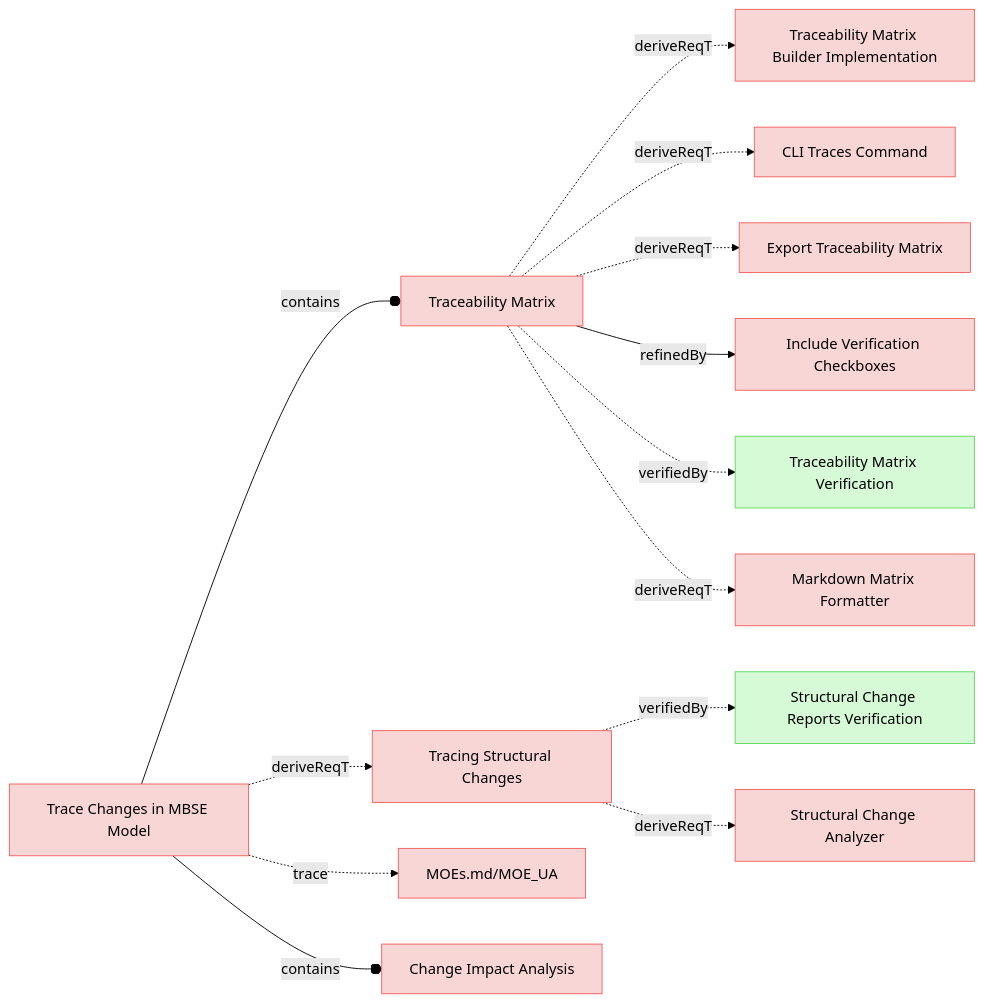
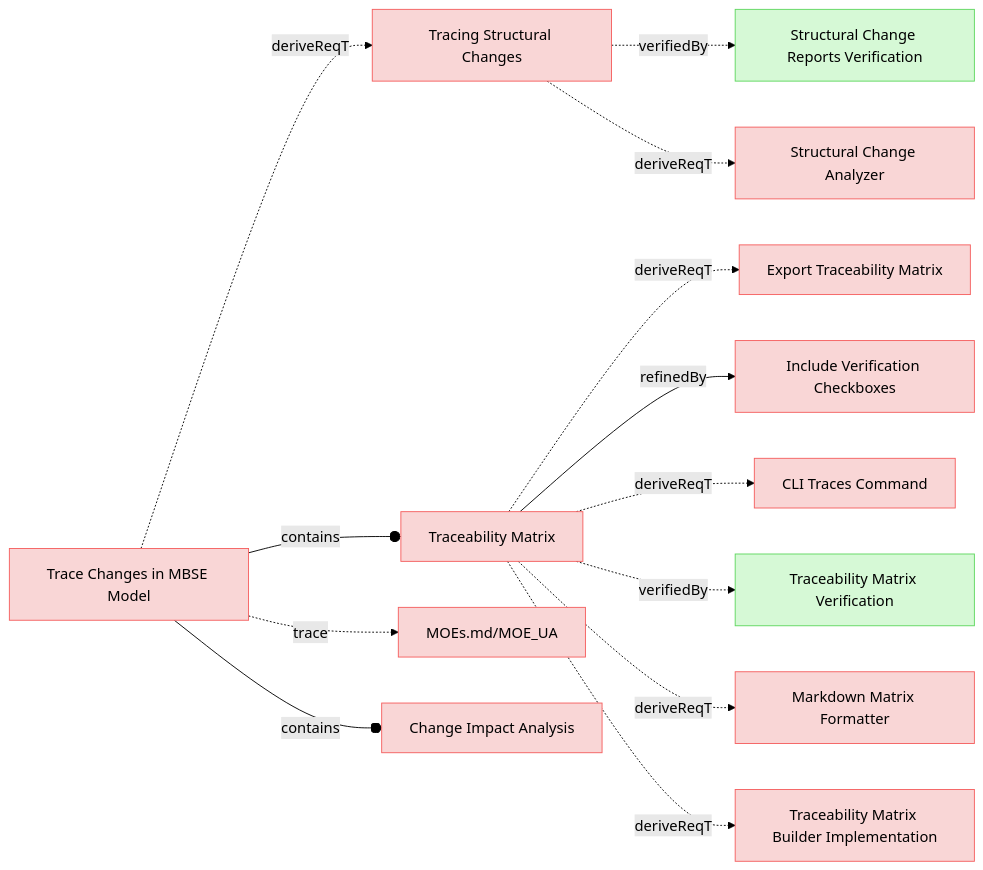
The sixth of 9 diagrams in specifications/UserRequirements.md (reqvire-org/reqvire), drawn with Mermaid (forest theme) before and after one commit. The commit also changed other lines of this file and 23 other files, not shown here.

````diff
--- a/specifications/UserRequirements.md
+++ b/specifications/UserRequirements.md
@@ -619,60 +627,60 @@
 ```mermaid
 graph LR;
   %% Graph styling
   classDef requirement fill:#f9d6d6,stroke:#f55f5f,stroke-width:1px;
   classDef verification fill:#d6f9d6,stroke:#5fd75f,stroke-width:1px;
   classDef externalLink fill:#d0e0ff,stroke:#3080ff,stroke-width:1px;
   classDef default fill:#f5f5f5,stroke:#333333,stroke-width:1px;
 
-  4e30ea0930dc9c26["Traceability Matrix"];
-  class 4e30ea0930dc9c26 requirement;
-  click 4e30ea0930dc9c26 "UserRequirements.md#traceability-matrix";
-  b55d8517cd3e58["Traceability Matrix Builder Implementation"];
-  class b55d8517cd3e58 requirement;
-  click b55d8517cd3e58 "SystemRequirements/Requirements.md#traceability-matrix-builder-implementation";
-  4e30ea0930dc9c26 -.->|deriveReqT| b55d8517cd3e58;
-  5bfc0d5fd7bba25["CLI Traces Command"];
-  class 5bfc0d5fd7bba25 requirement;
-  click 5bfc0d5fd7bba25 "SystemRequirements/Requirements.md#cli-traces-command";
-  4e30ea0930dc9c26 -.->|deriveReqT| 5bfc0d5fd7bba25;
   7de9a55d6102af23["Export Traceability Matrix"];
   class 7de9a55d6102af23 requirement;
   click 7de9a55d6102af23 "UserRequirements.md#export-traceability-matrix";
-  4e30ea0930dc9c26 -.->|deriveReqT| 7de9a55d6102af23;
-  6d32b919c82784b7["Include Verification Checkboxes"];
-  class 6d32b919c82784b7 requirement;
-  click 6d32b919c82784b7 "UserRequirements.md#include-verification-checkboxes";
-  4e30ea0930dc9c26 -->|refinedBy| 6d32b919c82784b7;
-  11c3285e74c8d60b["Traceability Matrix Verification"];
-  class 11c3285e74c8d60b verification;
-  click 11c3285e74c8d60b "Verifications/ChangeImpactTests.md#traceability-matrix-verification";
-  4e30ea0930dc9c26 -.->|verifiedBy| 11c3285e74c8d60b;
-  1b7491b67a792bc9["Markdown Matrix Formatter"];
-  class 1b7491b67a792bc9 requirement;
-  click 1b7491b67a792bc9 "SystemRequirements/Requirements.md#markdown-matrix-formatter";
-  4e30ea0930dc9c26 -.->|deriveReqT| 1b7491b67a792bc9;
   d7b7b13a5b8d96e1["Tracing Structural Changes"];
   class d7b7b13a5b8d96e1 requirement;
   click d7b7b13a5b8d96e1 "UserRequirements.md#tracing-structural-changes";
   b0e8adb6596a35e7["Structural Change Reports Verification"];
   class b0e8adb6596a35e7 verification;
   click b0e8adb6596a35e7 "Verifications/ChangeImpactTests.md#structural-change-reports-verification";
   d7b7b13a5b8d96e1 -.->|verifiedBy| b0e8adb6596a35e7;
   d34d7e14d2a235a2["Structural Change Analyzer"];
   class d34d7e14d2a235a2 requirement;
   click d34d7e14d2a235a2 "SystemRequirements/Requirements.md#structural-change-analyzer";
   d7b7b13a5b8d96e1 -.->|deriveReqT| d34d7e14d2a235a2;
+  6d32b919c82784b7["Include Verification Checkboxes"];
+  class 6d32b919c82784b7 requirement;
+  click 6d32b919c82784b7 "UserRequirements.md#include-verification-checkboxes";
+  4e30ea0930dc9c26["Traceability Matrix"];
+  class 4e30ea0930dc9c26 requirement;
+  click 4e30ea0930dc9c26 "UserRequirements.md#traceability-matrix";
+  4e30ea0930dc9c26 -.->|deriveReqT| 7de9a55d6102af23;
+  4e30ea0930dc9c26 -->|refinedBy| 6d32b919c82784b7;
+  5bfc0d5fd7bba25["CLI Traces Command"];
+  class 5bfc0d5fd7bba25 requirement;
+  click 5bfc0d5fd7bba25 "SystemRequirements/Requirements.md#cli-traces-command";
+  4e30ea0930dc9c26 -.->|deriveReqT| 5bfc0d5fd7bba25;
+  11c3285e74c8d60b["Traceability Matrix Verification"];
+  class 11c3285e74c8d60b verification;
+  click 11c3285e74c8d60b "Verifications/ChangeImpactTests.md#traceability-matrix-verification";
+  4e30ea0930dc9c26 -.->|verifiedBy| 11c3285e74c8d60b;
+  1b7491b67a792bc9["Markdown Matrix Formatter"];
+  class 1b7491b67a792bc9 requirement;
+  click 1b7491b67a792bc9 "SystemRequirements/Requirements.md#markdown-matrix-formatter";
+  4e30ea0930dc9c26 -.->|deriveReqT| 1b7491b67a792bc9;
+  b55d8517cd3e58["Traceability Matrix Builder Implementation"];
+  class b55d8517cd3e58 requirement;
+  click b55d8517cd3e58 "SystemRequirements/Requirements.md#traceability-matrix-builder-implementation";
+  4e30ea0930dc9c26 -.->|deriveReqT| b55d8517cd3e58;
   5ef9c8ae19a9f55a["Trace Changes in MBSE Model"];
   class 5ef9c8ae19a9f55a requirement;
   click 5ef9c8ae19a9f55a "UserStories.md#trace-changes-in-mbse-model";
   2c5f30f14e792200["MOEs.md/MOE_UA"];
   class 2c5f30f14e792200 requirement;
   click 2c5f30f14e792200 "MOEs.md#moe_ua";
   5ef9c8ae19a9f55a -.->|trace| 2c5f30f14e792200;
-  5ef9c8ae19a9f55a --o|contains| 4e30ea0930dc9c26;
+  5ef9c8ae19a9f55a -.->|deriveReqT| d7b7b13a5b8d96e1;
   9933cac5853a8584["Change Impact Analysis"];
   class 9933cac5853a8584 requirement;
   click 9933cac5853a8584 "UserRequirements.md#change-impact-analysis";
   5ef9c8ae19a9f55a --o|contains| 9933cac5853a8584;
-  5ef9c8ae19a9f55a -.->|deriveReqT| d7b7b13a5b8d96e1;
+  5ef9c8ae19a9f55a --o|contains| 4e30ea0930dc9c26;
 ```
````
